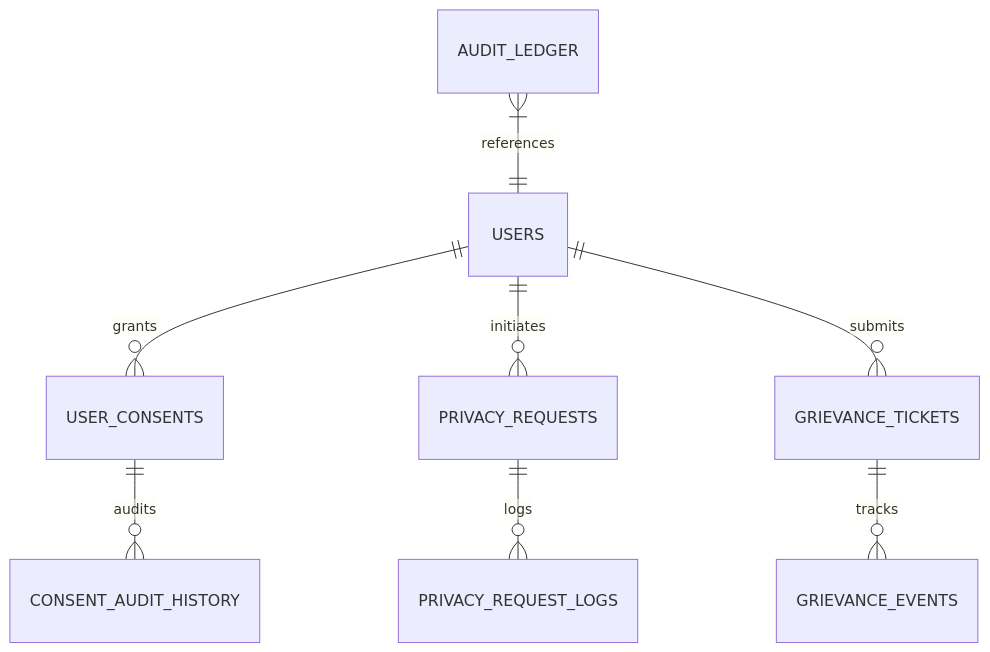
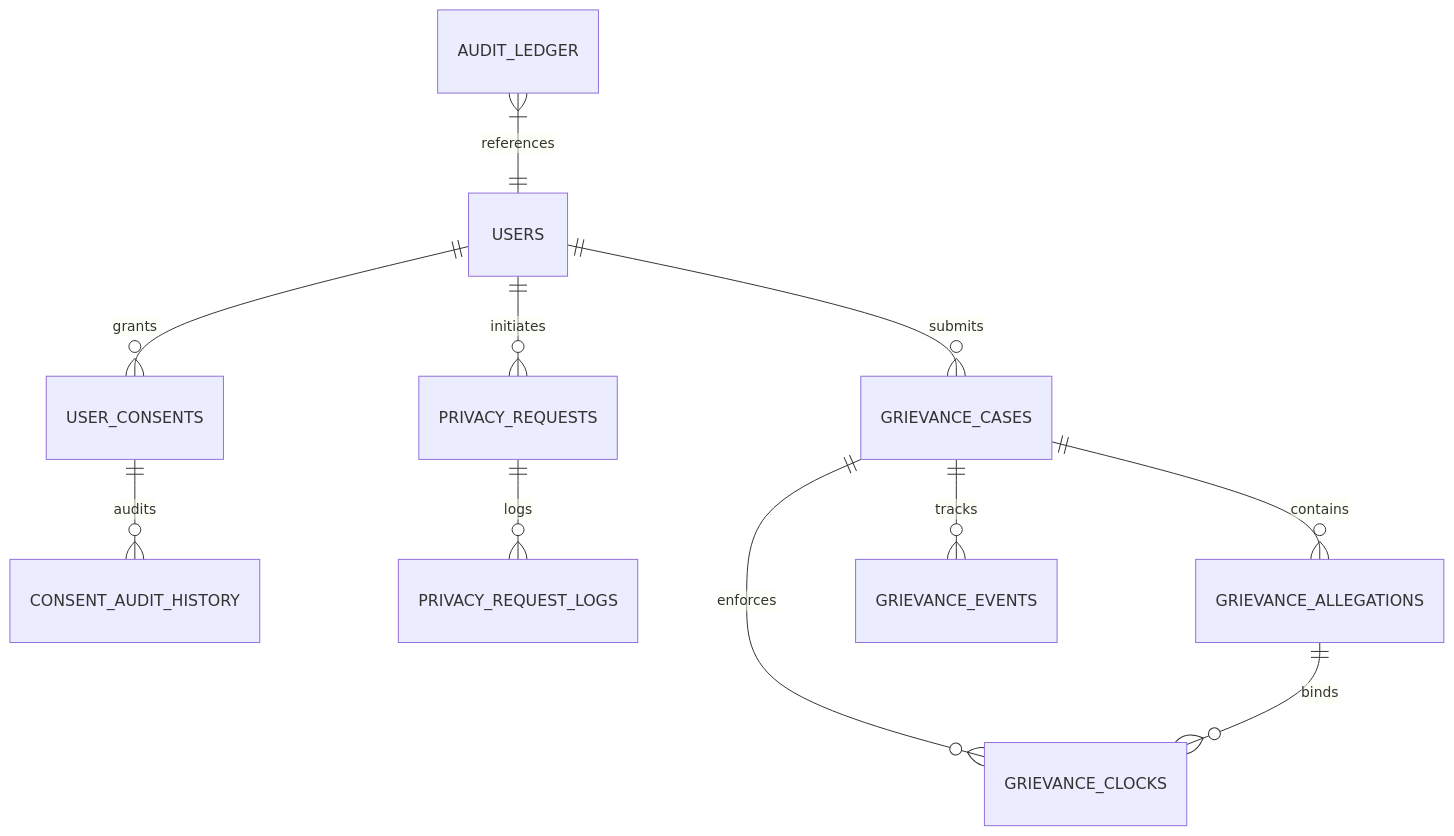
One commit to Sunder-Chauhan/Ishti-OS changed the diagram in docs/M06_DATABASE_AND_MIGRATION_PLAN.md. Above: the diagram before and after it, drawn with Mermaid. The commit also changed other lines of this file and 8 other files, not shown here.

````diff
--- a/docs/M06_DATABASE_AND_MIGRATION_PLAN.md
+++ b/docs/M06_DATABASE_AND_MIGRATION_PLAN.md
@@ -40,10 +40,13 @@
 ```mermaid
 erDiagram
     USERS ||--o{ USER_CONSENTS : grants
     USER_CONSENTS ||--o{ CONSENT_AUDIT_HISTORY : audits
     USERS ||--o{ PRIVACY_REQUESTS : initiates
     PRIVACY_REQUESTS ||--o{ PRIVACY_REQUEST_LOGS : logs
-    USERS ||--o{ GRIEVANCE_TICKETS : submits
-    GRIEVANCE_TICKETS ||--o{ GRIEVANCE_EVENTS : tracks
+    USERS ||--o{ GRIEVANCE_CASES : submits
+    GRIEVANCE_CASES ||--o{ GRIEVANCE_ALLEGATIONS : contains
+    GRIEVANCE_CASES ||--o{ GRIEVANCE_CLOCKS : enforces
+    GRIEVANCE_ALLEGATIONS ||--o{ GRIEVANCE_CLOCKS : binds
+    GRIEVANCE_CASES ||--o{ GRIEVANCE_EVENTS : tracks
     AUDIT_LEDGER }|--|| USERS : references
 ```
````
